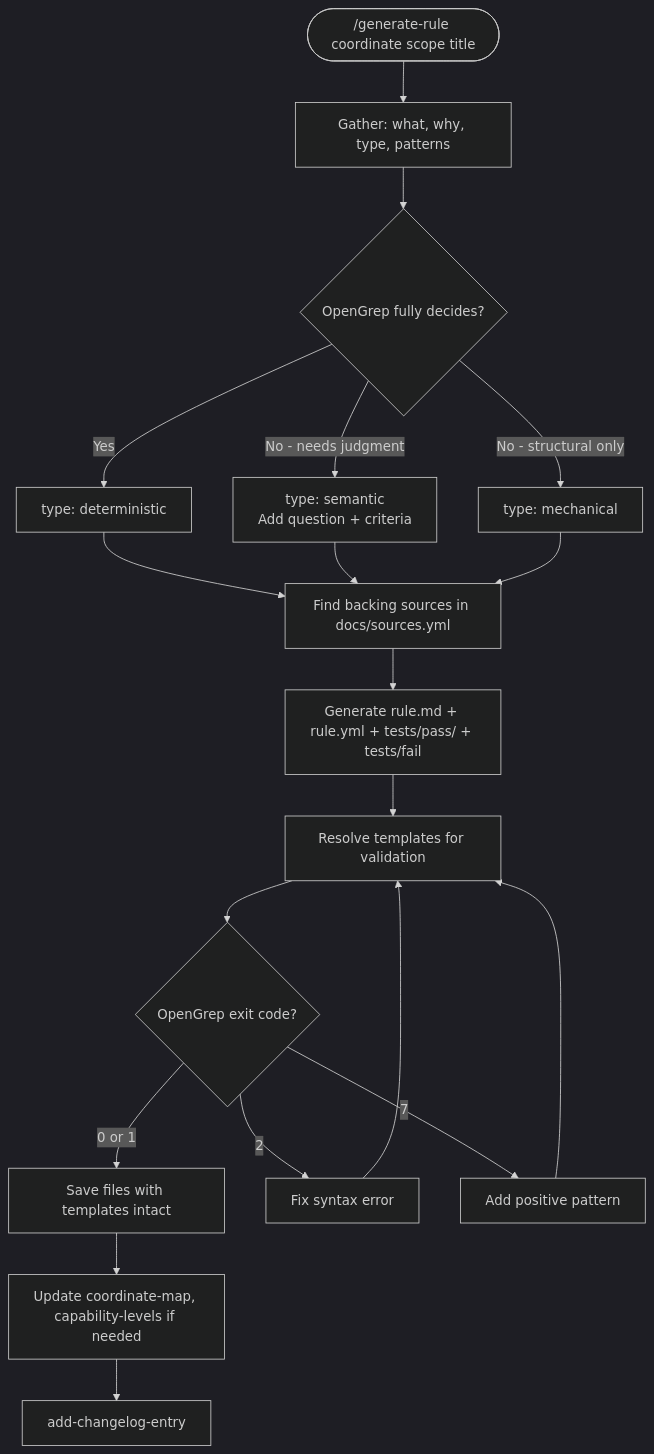
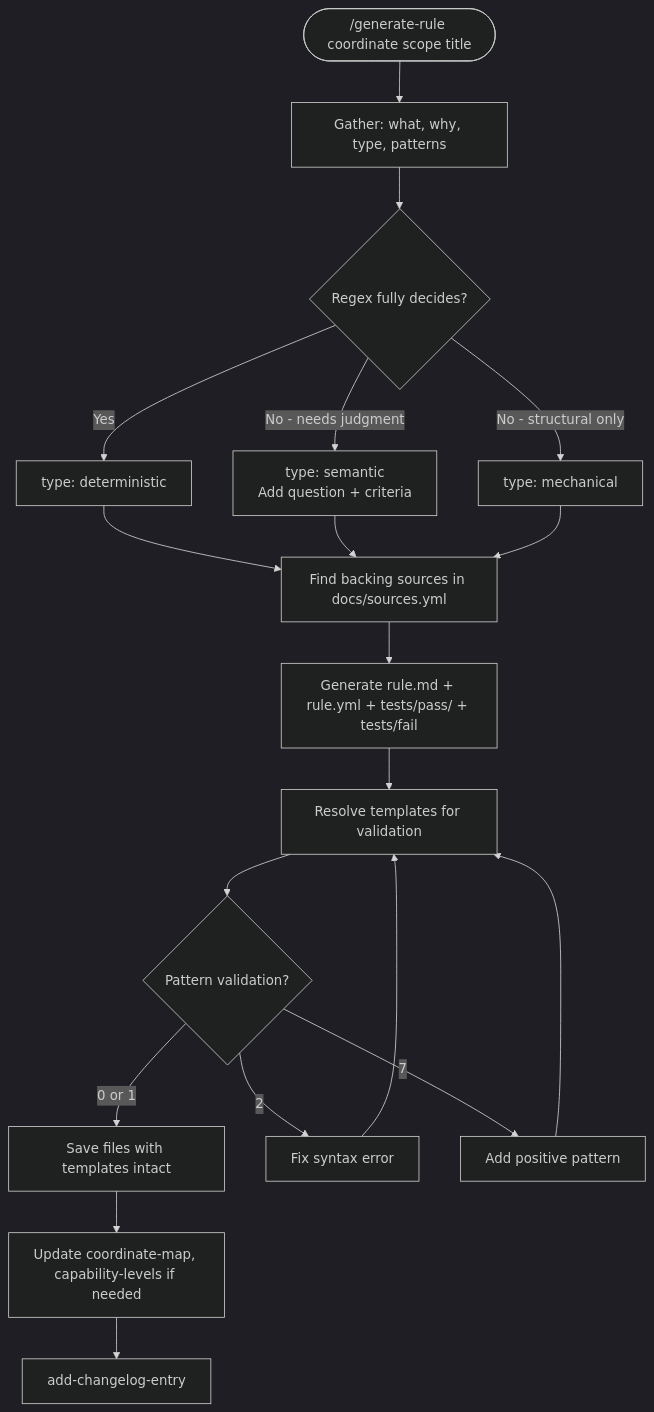
The diagram in .shared/workflows/rule-creation.md (reporails/rules), drawn with Mermaid (dark theme) before and after one commit. The commit also changed other lines of this file and 9 other files, not shown here.

First line of the commit message:
Replace OpenGrep references with regex terminology

````diff
--- a/.shared/workflows/rule-creation.md
+++ b/.shared/workflows/rule-creation.md
@@ -3,19 +3,19 @@
 ```mermaid
 flowchart TD
     START([/generate-rule coordinate scope title]) --> GATHER[Gather: what, why, type, patterns]
-    GATHER --> TYPE{OpenGrep fully decides?}
+    GATHER --> TYPE{Regex fully decides?}
     TYPE -->|Yes| DET[type: deterministic]
     TYPE -->|No - needs judgment| SEM[type: semantic<br/>Add question + criteria]
     TYPE -->|No - structural only| MECH[type: mechanical]
     DET --> SOURCES[Find backing sources in docs/sources.yml]
     SEM --> SOURCES
     MECH --> SOURCES
     SOURCES --> GEN[Generate rule.md + rule.yml + tests/pass/ + tests/fail]
     GEN --> RESOLVE[Resolve templates for validation]
-    RESOLVE --> VALID{OpenGrep exit code?}
+    RESOLVE --> VALID{Pattern validation?}
     VALID -->|0 or 1| SAVE[Save files with templates intact]
     VALID -->|2| FIX2[Fix syntax error] --> RESOLVE
     VALID -->|7| FIX7[Add positive pattern] --> RESOLVE
     SAVE --> REFS[Update coordinate-map, capability-levels if needed]
     REFS --> CHANGELOG[add-changelog-entry]
 ```
````
